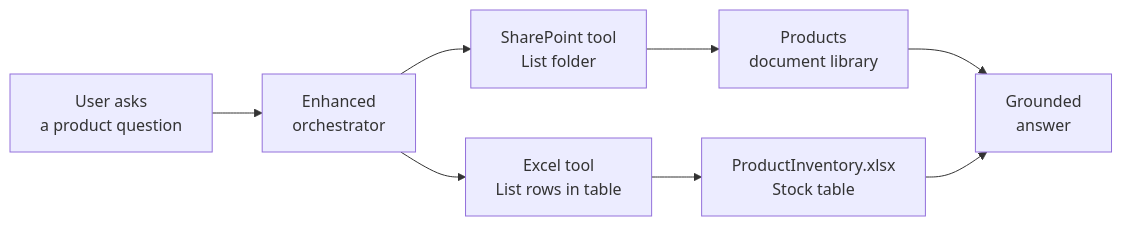
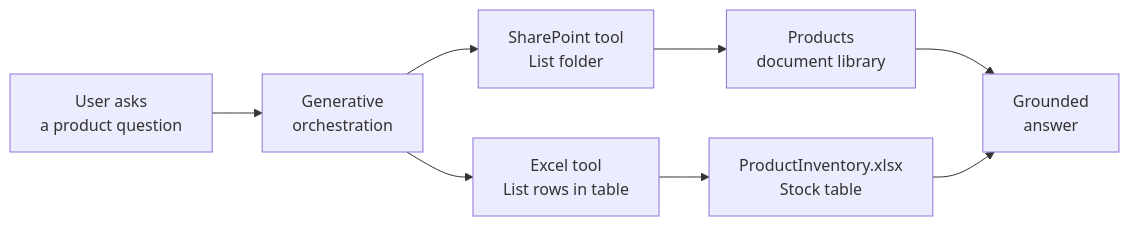
The diagram in labs/04-cs-tools/03-connectors/lab-02-sharepoint-and-excel-connector-tools.md (alexander-kastil/copilot-studio-agents), drawn with Mermaid before and after one commit. The commit also changed other lines of this file and 7 other files, not shown here.

First line of the commit message:
docs(labs): add the dataverse and agent flow labs to module 04 * rebuild connectors lab-02 on the standard hr agent * drop its agent creation, repeated excel setup and publish exercise

````diff
--- a/labs/04-cs-tools/03-connectors/lab-02-sharepoint-and-excel-connector-tools.md
+++ b/labs/04-cs-tools/03-connectors/lab-02-sharepoint-and-excel-connector-tools.md
@@ -21,10 +19,10 @@
 ```mermaid
 flowchart LR
-    U["User asks<br/>a product question"] --> O["Enhanced<br/>orchestrator"]
+    U["User asks<br/>a product question"] --> O["Generative<br/>orchestration"]
     O --> T1["SharePoint tool<br/>List folder"]
     O --> T2["Excel tool<br/>List rows in table"]
     T1 --> SP["Products<br/>document library"]
     T2 --> XL["ProductInventory.xlsx<br/>Stock table"]
     SP --> R["Grounded<br/>answer"]
     XL --> R
 ```
````
